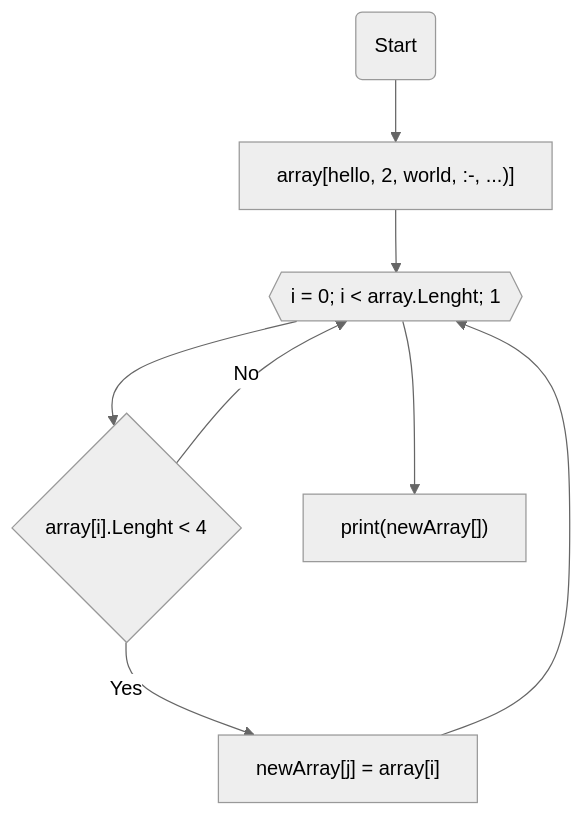
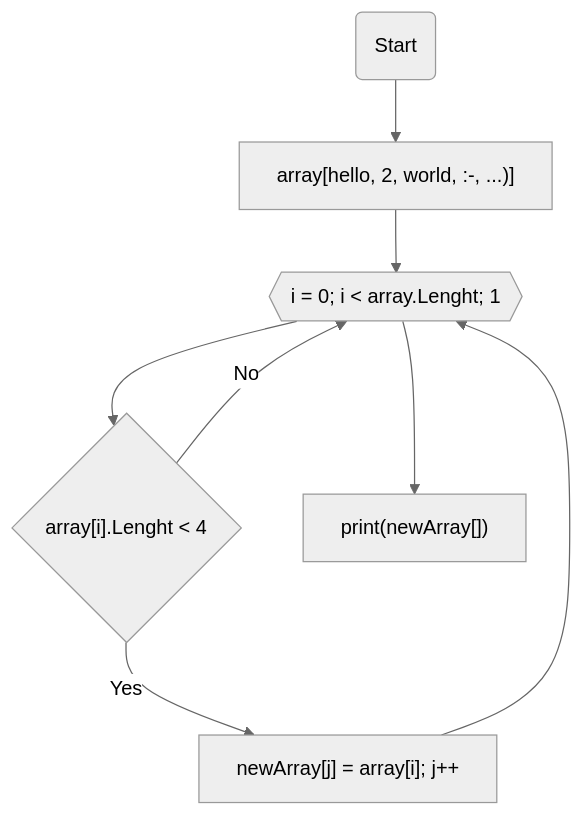
The diagram in README.md (Adalberto777/FinalTestWork), drawn with Mermaid (neutral theme) before and after one commit.

Commit message:
block diagram

````diff
--- a/README.md
+++ b/README.md
@@ -14,10 +14,10 @@
 ```mermaid
   graph TB;       
-    node1(Start)  --> node2["array[hello, 2, world, :-, ...)]"];
+    node1(Start)  --> node2["array[hello, 2, world, :-, ...)]; j = 0"];
     node2["array[hello, 2, world, :-, ...)]"] --> node3{{"i = 0; i < array.Lenght; 1"}};
     node3{{"i = 0; i < array.Lenght; 1"}} --> node4{"array[i].Lenght < 4"};
-    node4{"array[i].Lenght < 4"} -- Yes --> node5["newArray[j] = array[i]"];
-    node5["newArray[j] = array[i]"] --> node3{{"i = 0; i < array.Lenght; 1"}};
+    node4{"array[i].Lenght < 4"} -- Yes --> node5["newArray[j] = array[i]; j++"];
+    node5["newArray[j] = array[i]; j++"] --> node3{{"i = 0; i < array.Lenght; 1"}};
     node4{"array[i].Lenght < 4"} -- No --> node3{{"i=0; i<array.Lenght;1"}};
     node3{{"i = 0; i < array.Lenght; 1"}} --> node6["print(newArray[])"];
 ```
````
